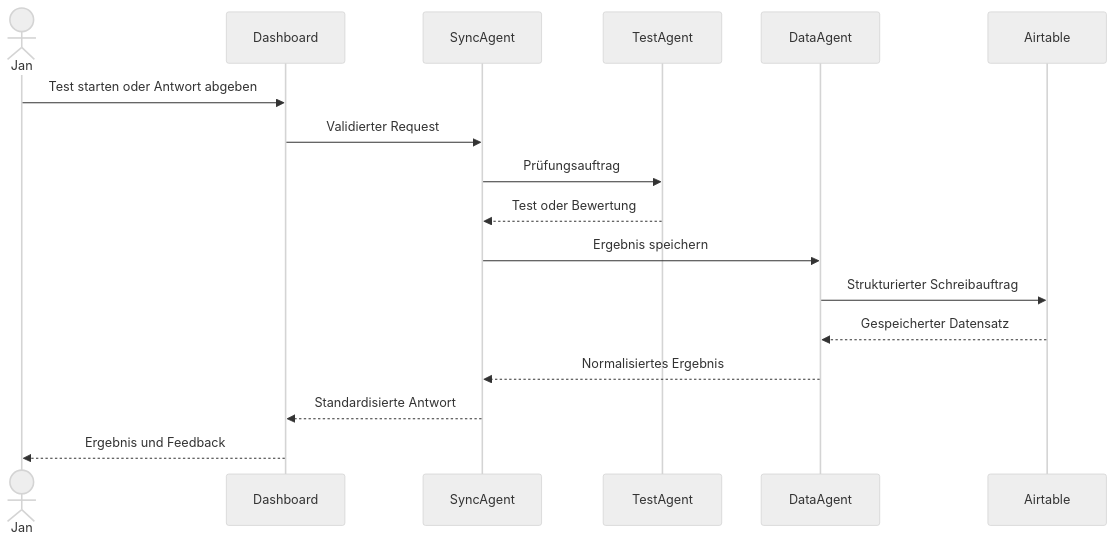
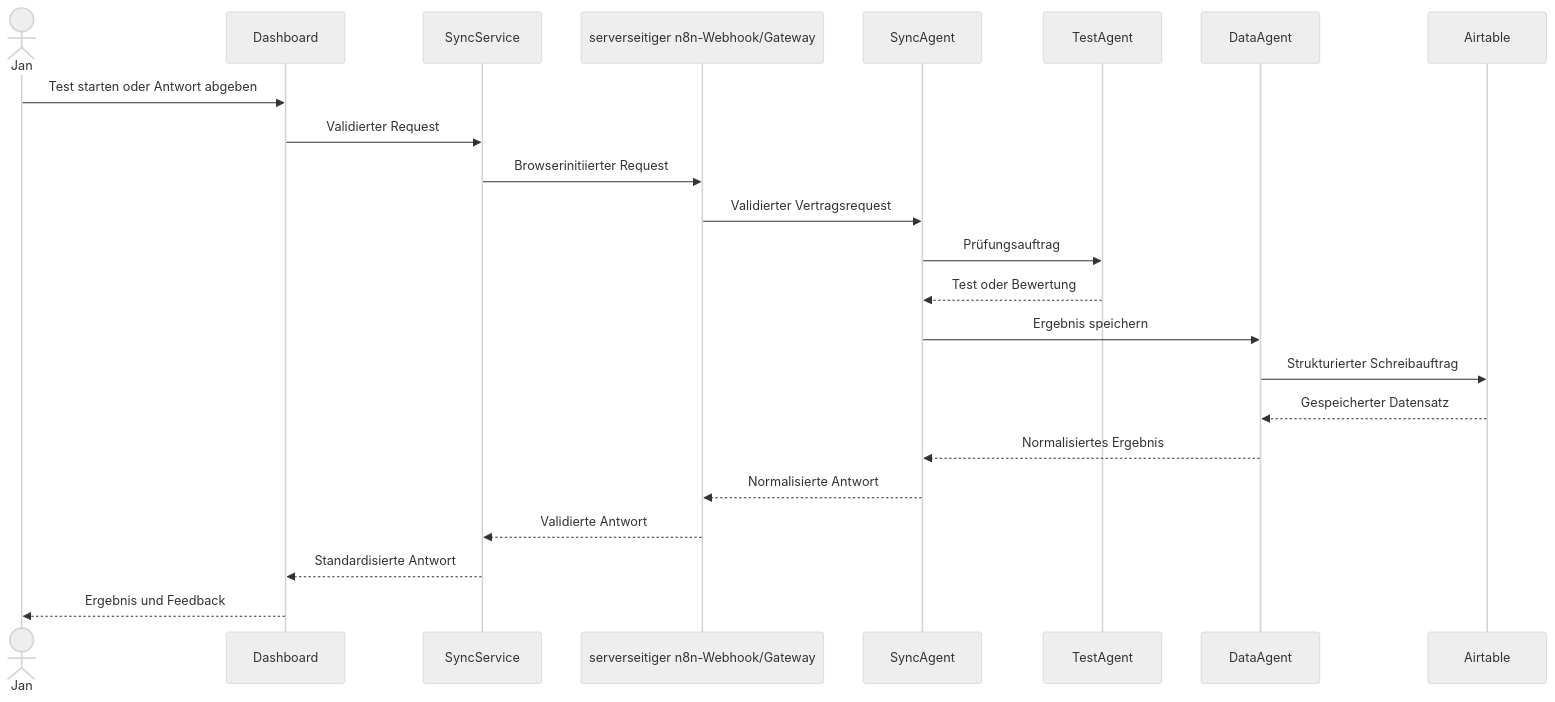
One commit to Varudan/goldendawn-os changed the second of 2 diagrams in docs/architecture.md. Above: the diagram before and after it, drawn with Mermaid (neutral theme). The commit also changed other lines of this file and 10 other files, not shown here.

````diff
--- a/docs/architecture.md
+++ b/docs/architecture.md
@@ -1071,20 +1148,26 @@
 ```mermaid
 sequenceDiagram
     actor User as Jan
     participant UI as Dashboard
+    participant Service as SyncService
+    participant Gateway as serverseitiger n8n-Webhook/Gateway
     participant Sync as SyncAgent
     participant Test as TestAgent
     participant Data as DataAgent
     participant DB as Airtable
 
     User->>UI: Test starten oder Antwort abgeben
-    UI->>Sync: Validierter Request
+    UI->>Service: Validierter Request
+    Service->>Gateway: Browserinitiierter Request
+    Gateway->>Sync: Validierter Vertragsrequest
     Sync->>Test: Prüfungsauftrag
     Test-->>Sync: Test oder Bewertung
     Sync->>Data: Ergebnis speichern
     Data->>DB: Strukturierter Schreibauftrag
     DB-->>Data: Gespeicherter Datensatz
     Data-->>Sync: Normalisiertes Ergebnis
-    Sync-->>UI: Standardisierte Antwort
+    Sync-->>Gateway: Normalisierte Antwort
+    Gateway-->>Service: Validierte Antwort
+    Service-->>UI: Standardisierte Antwort
     UI-->>User: Ergebnis und Feedback
 ```
````
